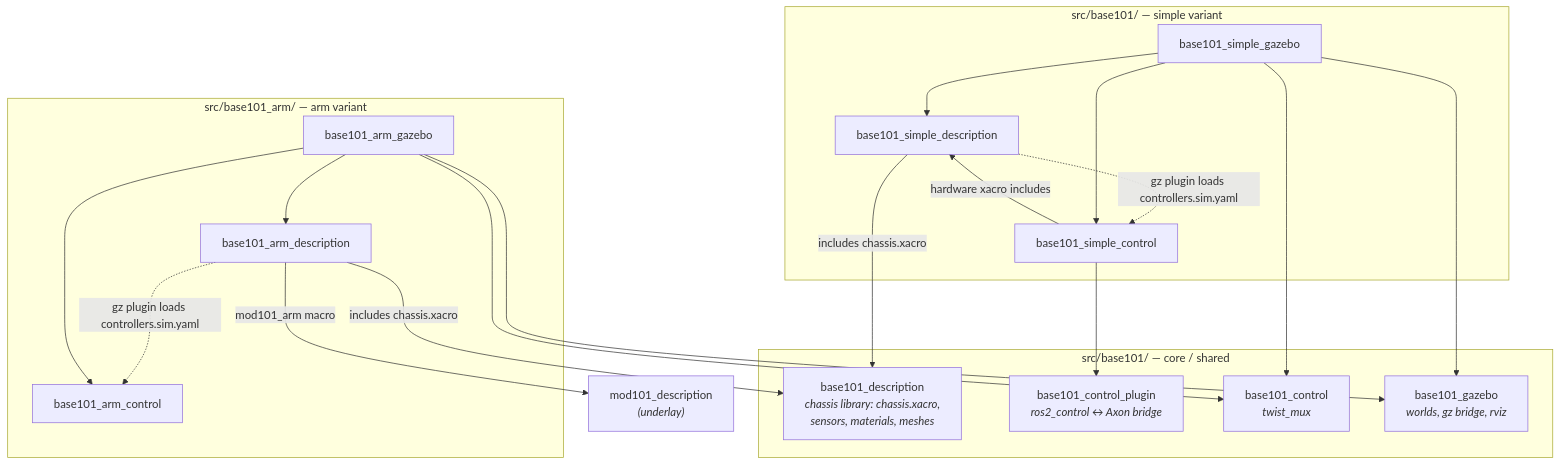
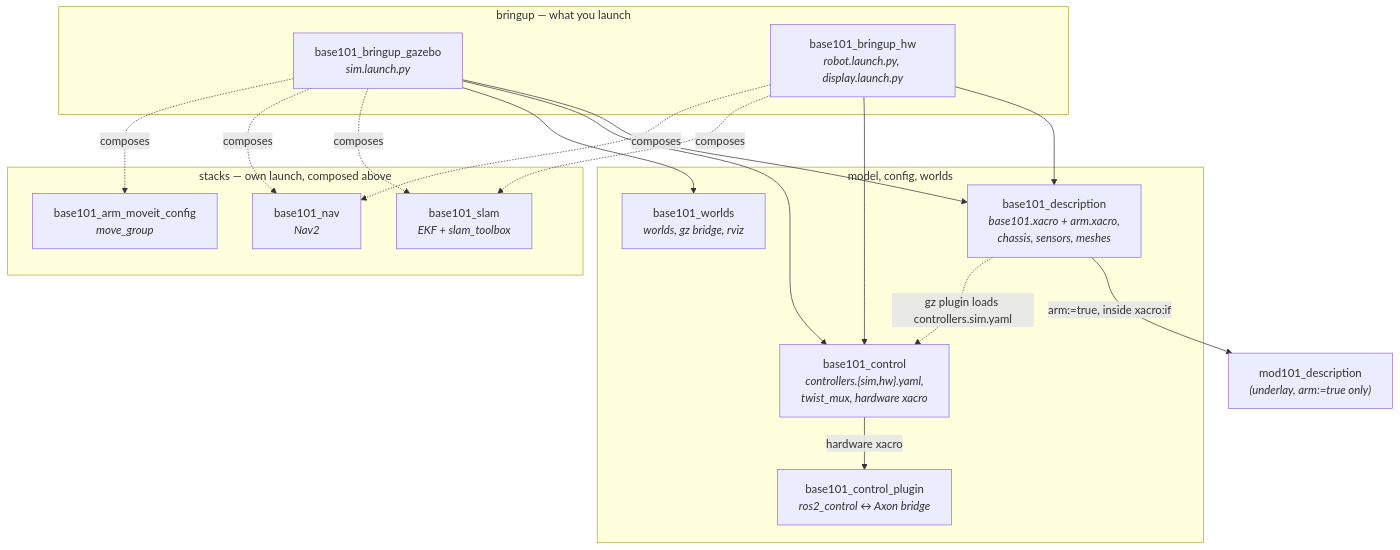
One commit to cristidragomir97/base101 changed the diagram in README.md. Above: the diagram before and after it, drawn with Mermaid. The commit also changed other lines of this file and 47 other files, not shown here.

````diff
--- a/README.md
+++ b/README.md
@@ -249,40 +273,31 @@
 ```mermaid
 graph TD
-    subgraph shared["src/base101/ — core / shared"]
-        DESC["base101_description<br/><i>chassis library: chassis.xacro,<br/>sensors, materials, meshes</i>"]
-        PLUGIN["base101_control_plugin<br/><i>ros2_control ↔ Axon bridge</i>"]
-        CTRL["base101_control<br/><i>twist_mux</i>"]
-        GZ["base101_gazebo<br/><i>worlds, gz bridge, rviz</i>"]
+    subgraph bringup["bringup — what you launch"]
+        SIM["base101_bringup_gazebo<br/><i>sim.launch.py</i>"]
+        HW["base101_bringup_hw<br/><i>robot.launch.py, display.launch.py</i>"]
     end
 
-    subgraph simple["src/base101/ — simple variant"]
-        SDESC[base101_simple_description]
-        SGZ[base101_simple_gazebo]
-        SCTRL[base101_simple_control]
+    subgraph stacks["stacks — own launch, composed above"]
+        SLAM["base101_slam<br/><i>EKF + slam_toolbox</i>"]
+        NAV["base101_nav<br/><i>Nav2</i>"]
+        MOVEIT["base101_arm_moveit_config<br/><i>move_group</i>"]
     end
 
-    subgraph arm["src/base101_arm/ — arm variant"]
-        ADESC[base101_arm_description]
-        AGZ[base101_arm_gazebo]
-        ACTRL[base101_arm_control]
+    subgraph model["model, config, worlds"]
+        DESC["base101_description<br/><i>base101.xacro + arm.xacro,<br/>chassis, sensors, meshes</i>"]
+        CTRL["base101_control<br/><i>controllers.{sim,hw}.yaml,<br/>twist_mux, hardware xacro</i>"]
+        PLUGIN["base101_control_plugin<br/><i>ros2_control ↔ Axon bridge</i>"]
+        GZ["base101_worlds<br/><i>worlds, gz bridge, rviz</i>"]
     end
 
-    MOD["mod101_description<br/><i>(underlay)</i>"]
+    MOD["mod101_description<br/><i>(underlay, arm:=true only)</i>"]
 
-    %% every variant description includes the shared chassis
-    SDESC -->|includes chassis.xacro| DESC
-    ADESC -->|includes chassis.xacro| DESC
+    SIM --> DESC & CTRL & GZ
+    HW  --> DESC & CTRL
+    SIM -.->|composes| SLAM & NAV & MOVEIT
+    HW  -.->|composes| SLAM & NAV
 
-    %% the arm variant pulls the mod101 arm macro
-    ADESC -->|mod101_arm macro| MOD
-
-    %% control: hardware bridge + sim controller path
-    SCTRL -->|hardware xacro includes| SDESC
-    SCTRL --> PLUGIN
-    SDESC -.->|gz plugin loads controllers.sim.yaml| SCTRL
-    ADESC -.->|gz plugin loads controllers.sim.yaml| ACTRL
-
-    %% gazebo bringup ties description + control + sim-common
-    SGZ --> SDESC & SCTRL & GZ & CTRL
-    AGZ --> ADESC & ACTRL & GZ & CTRL
+    DESC -->|arm:=true, inside xacro:if| MOD
+    CTRL -->|hardware xacro| PLUGIN
+    DESC -.->|gz plugin loads controllers.sim.yaml| CTRL
 ```
````
